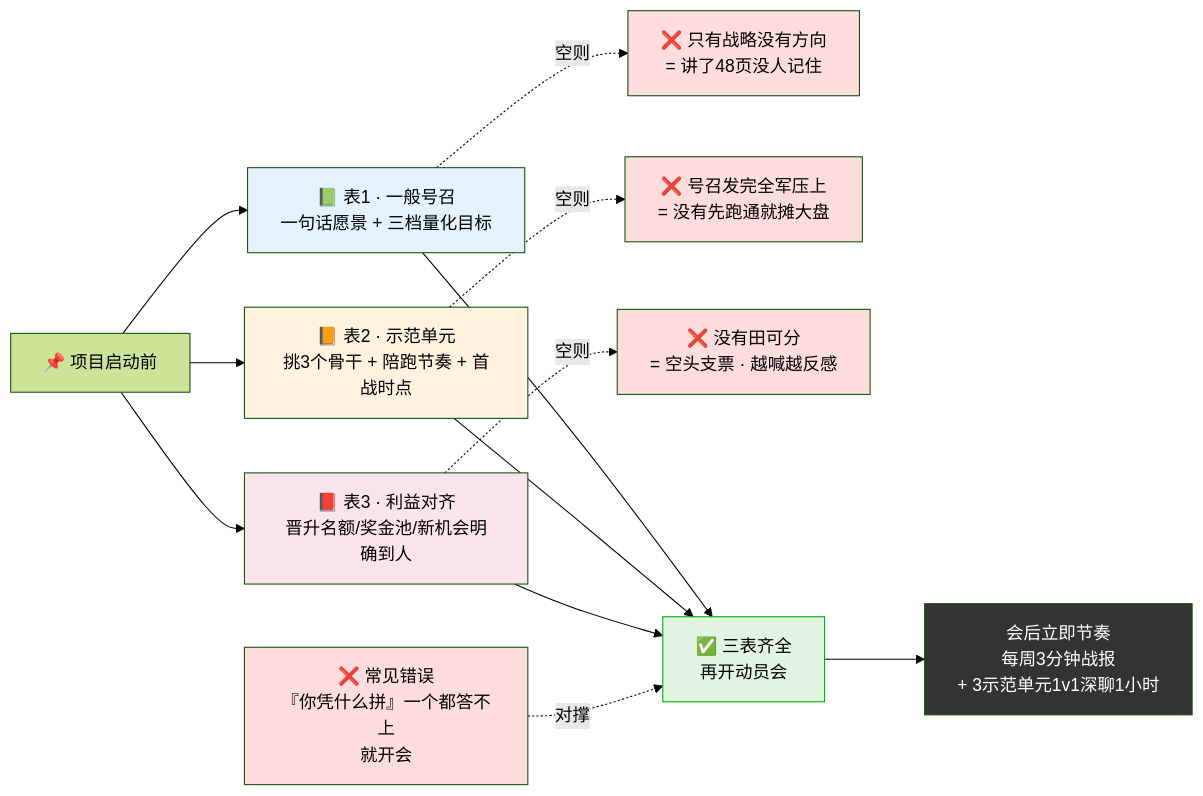
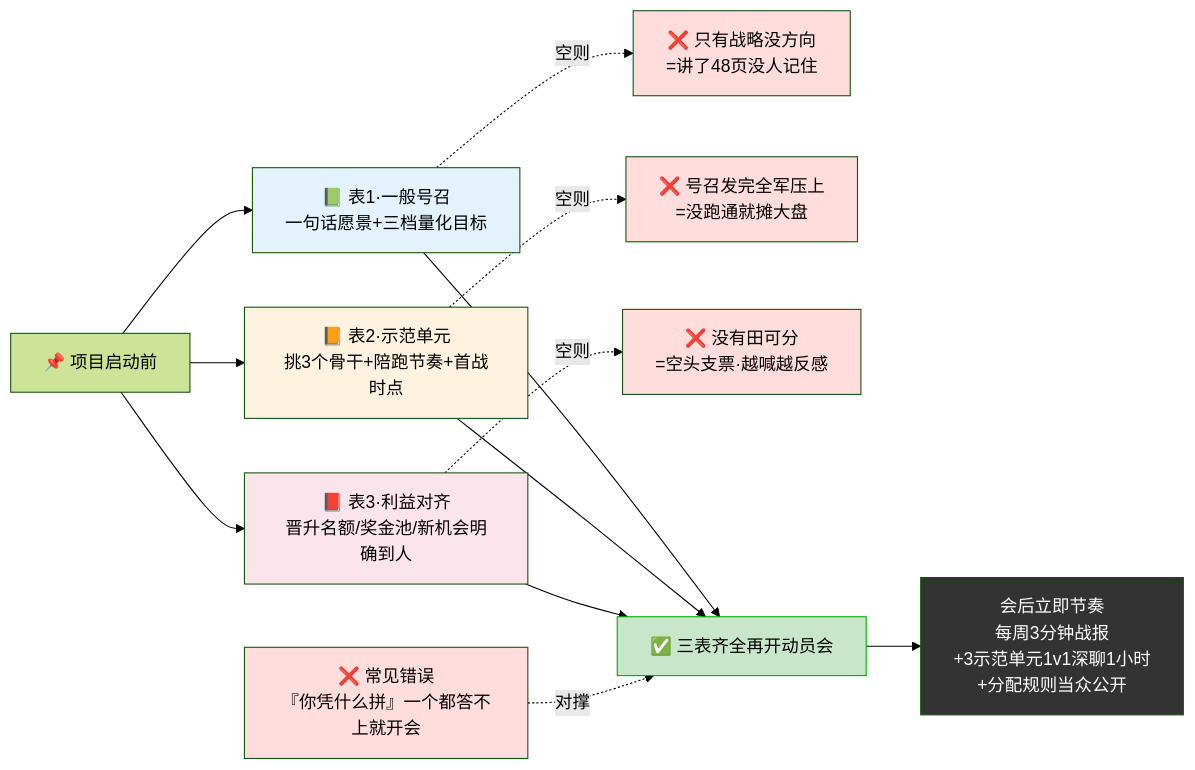
Diagram 12 of 12 in packages/website/13.书籍/01.毛选实战心法/30.动员群众指导法.md (chongyang211/YCBookBlog), drawn with Mermaid (forest theme) before and after one commit. The commit also changed other lines of this file and 10 other files, not shown here.

````diff
--- a/packages/website/13.书籍/01.毛选实战心法/30.动员群众指导法.md
+++ b/packages/website/13.书籍/01.毛选实战心法/30.动员群众指导法.md
@@ -298,26 +566,26 @@
 ```mermaid
 flowchart LR
-    P["📌 项目启动前"] --> T1["📗 表1 · 一般号召<br/>一句话愿景 + 三档量化目标"]
-    P --> T2["📙 表2 · 示范单元<br/>挑3个骨干 + 陪跑节奏 + 首战时点"]
-    P --> T3["📕 表3 · 利益对齐<br/>晋升名额/奖金池/新机会明确到人"]
+    P["📌 项目启动前"] --> T1["📗 表1·一般号召<br/>一句话愿景+三档量化目标"]
+    P --> T2["📙 表2·示范单元<br/>挑3个骨干+陪跑节奏+首战时点"]
+    P --> T3["📕 表3·利益对齐<br/>晋升名额/奖金池/新机会明确到人"]
 
-    T1 -.空则.-> F1["❌ 只有战略没有方向<br/>= 讲了48页没人记住"]
-    T2 -.空则.-> F2["❌ 号召发完全军压上<br/>= 没有先跑通就摊大盘"]
-    T3 -.空则.-> F3["❌ 没有田可分<br/>= 空头支票 · 越喊越反感"]
+    T1 -.空则.-> F1["❌ 只有战略没方向<br/>=讲了48页没人记住"]
+    T2 -.空则.-> F2["❌ 号召发完全军压上<br/>=没跑通就摊大盘"]
+    T3 -.空则.-> F3["❌ 没有田可分<br/>=空头支票·越喊越反感"]
 
-    T1 & T2 & T3 --> Ready["✅ 三表齐全<br/>再开动员会"]
+    T1 & T2 & T3 --> Ready["✅ 三表齐全再开动员会"]
 
-    Ready --> Cadence["会后立即节奏<br/>每周3分钟战报<br/>+ 3示范单元1v1深聊1小时"]
+    Ready --> Cadence["会后立即节奏<br/>每周3分钟战报<br/>+3示范单元1v1深聊1小时<br/>+分配规则当众公开"]
 
-    Bad["❌ 常见错误<br/>『你凭什么拼』一个都答不上<br/>就开会"] -.对撑.-> Ready
+    Bad["❌ 常见错误<br/>『你凭什么拼』一个都答不上就开会"] -.对撑.-> Ready
 
     style T1 fill:#e3f2fd
     style T2 fill:#fff3e0
     style T3 fill:#fce4ec
-    style Ready fill:#e2f5e2,stroke:#0a0
+    style Ready fill:#c8e6c9,stroke:#0a0
     style Bad fill:#fdd
     style F1 fill:#fdd
     style F2 fill:#fdd
     style F3 fill:#fdd
     style Cadence fill:#333,color:#fff
 ```
````
